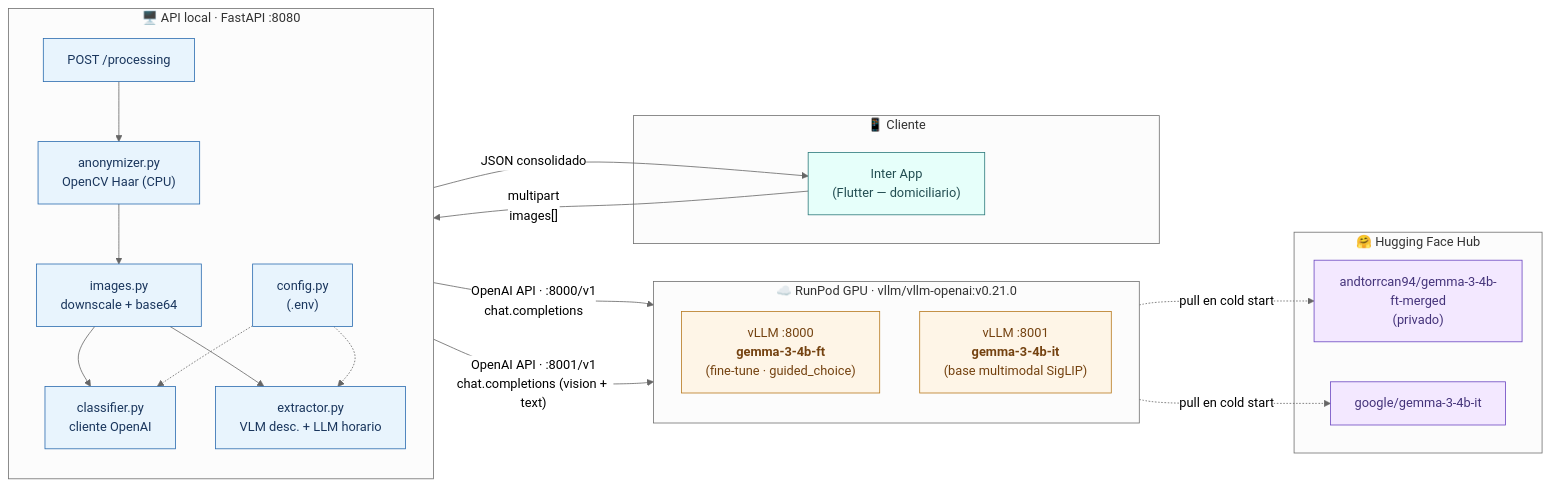
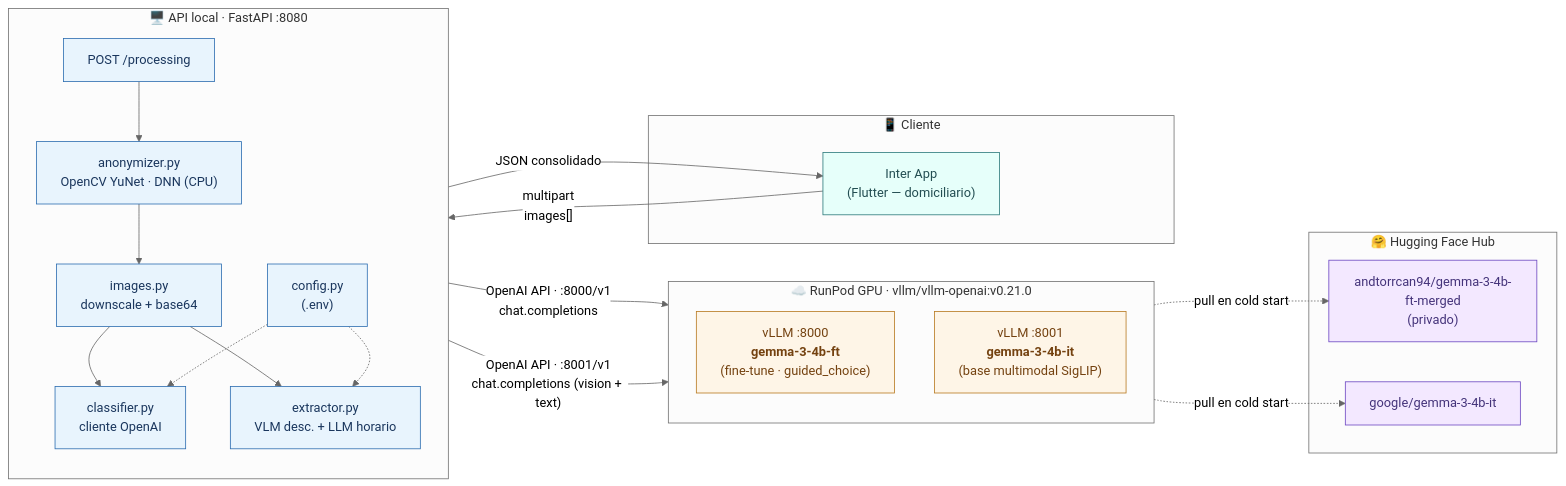
One commit to marlon-alvarez/clasificador_edificios changed the first of 6 diagrams in ARCHITECTURE.md. Above: the diagram before and after it, drawn with Mermaid (neutral theme). The commit also changed other lines of this file and 4 other files, not shown here.

````diff
--- a/ARCHITECTURE.md
+++ b/ARCHITECTURE.md
@@ -9,50 +9,50 @@
 ```mermaid
 flowchart LR
     subgraph Client["📱 Cliente"]
         App["Inter App<br/>(Flutter — domiciliario)"]
     end
 
     subgraph Local["🖥️ API local · FastAPI :8080"]
         direction TB
         EP["POST /processing"]
-        ANON["anonymizer.py<br/>OpenCV Haar (CPU)"]
+        ANON["anonymizer.py<br/>OpenCV YuNet · DNN (CPU)"]
         IMG["images.py<br/>downscale + base64"]
         CLS["classifier.py<br/>cliente OpenAI"]
         EXT["extractor.py<br/>VLM desc. + LLM horario"]
         CONF["config.py<br/>(.env)"]
         EP --> ANON --> IMG
         IMG --> CLS
         IMG --> EXT
         CONF -.-> CLS
         CONF -.-> EXT
     end
 
     subgraph Pod["☁️ RunPod GPU · vllm/vllm-openai:v0.21.0"]
         direction TB
         VLLM1["vLLM :8000<br/><b>gemma-3-4b-ft</b><br/>(fine-tune · guided_choice)"]
         VLLM2["vLLM :8001<br/><b>gemma-3-4b-it</b><br/>(base multimodal SigLIP)"]
     end
 
     subgraph HF["🤗 Hugging Face Hub"]
         REPO1["andtorrcan94/gemma-3-4b-ft-merged<br/>(privado)"]
         REPO2["google/gemma-3-4b-it"]
     end
 
     App -- "multipart<br/>images[]" --> EP
     CLS  -- "OpenAI API · :8000/v1<br/>chat.completions" --> VLLM1
     EXT  -- "OpenAI API · :8001/v1<br/>chat.completions (vision + text)" --> VLLM2
 
     VLLM1 -. "pull en cold start" .-> REPO1
     VLLM2 -. "pull en cold start" .-> REPO2
 
     EP -- "JSON consolidado" --> App
 
     classDef local fill:#E8F4FD,stroke:#2B6CB0,color:#1A365D;
     classDef pod   fill:#FEF5E7,stroke:#B7791F,color:#744210;
     classDef hf    fill:#F3E8FF,stroke:#6B46C1,color:#44337A;
     classDef cli   fill:#E6FFFA,stroke:#2C7A7B,color:#234E52;
     class EP,ANON,IMG,CLS,EXT,CONF local;
     class VLLM1,VLLM2 pod;
     class REPO1,REPO2 hf;
     class App cli;
 ```
````
